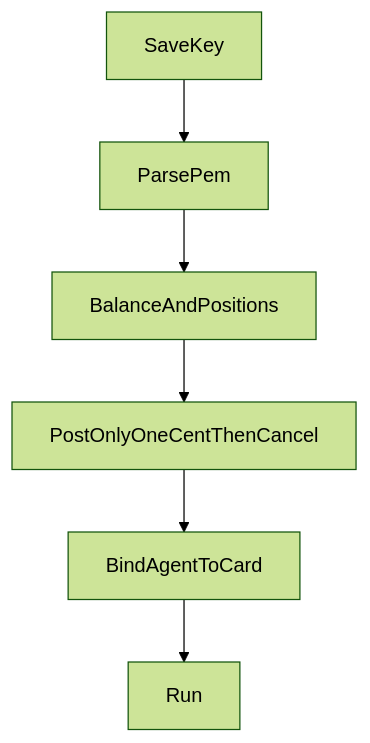
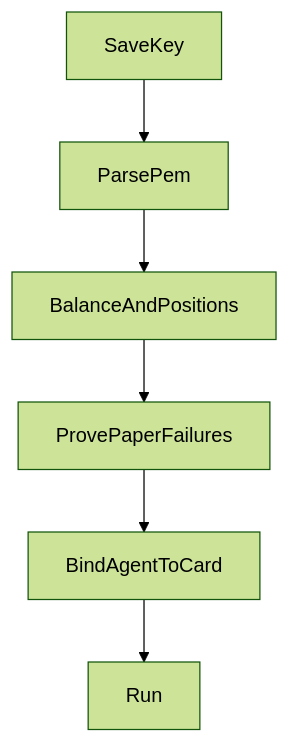
One commit to meszaroszack/Dopealkshi changed the diagram in docs/SETTINGS.md. Above: the diagram before and after it, drawn with Mermaid (forest theme). The commit also changed other lines of this file and 20 other files, not shown here.

````diff
--- a/docs/SETTINGS.md
+++ b/docs/SETTINGS.md
@@ -29,10 +21,10 @@
 ```mermaid
 flowchart TD
   saveKey[SaveKey]
   parsePem[ParsePem]
   readCalls[BalanceAndPositions]
-  writeProbe[PostOnlyOneCentThenCancel]
+  writeProbe[ProvePaperFailures]
   bindAgent[BindAgentToCard]
   run[Run]
   saveKey --> parsePem --> readCalls --> writeProbe --> bindAgent --> run
 ```
````
